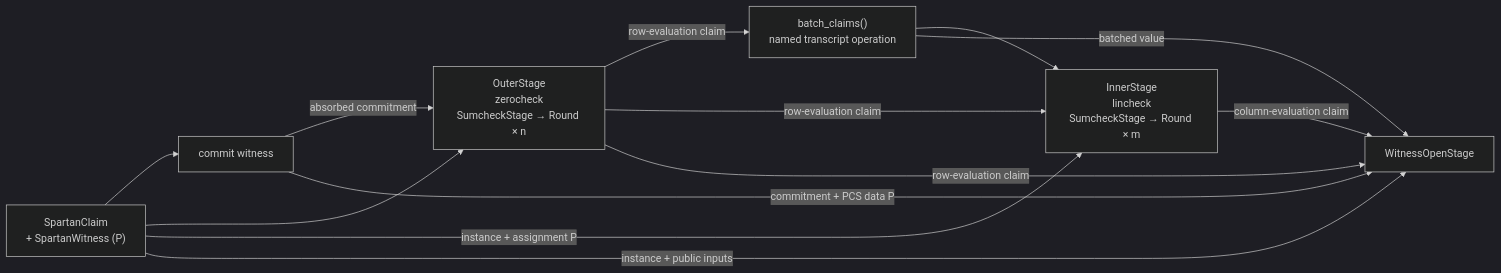
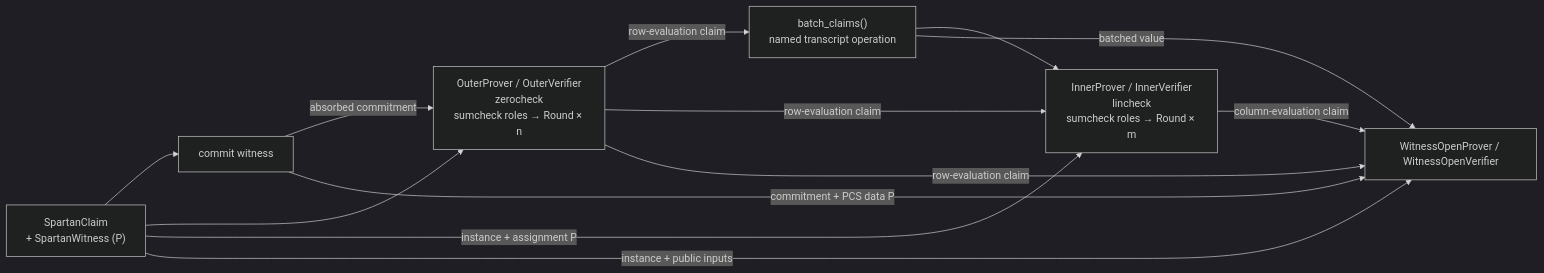
Before and after one commit to fractalyze/zorch: the diagram in README.md, drawn with Mermaid (dark theme). The commit also changed other lines of this file and 34 other files, not shown here.

First line of the commit message:
refactor(composition)!: split stage roles for key isolation

````diff
--- a/README.md
+++ b/README.md
@@ -108,22 +117,22 @@
 ```mermaid
 flowchart LR
     input["SpartanClaim<br/>+ SpartanWitness (P)"]
     commit["commit witness"]
-    outer["OuterStage<br/>zerocheck<br/>SumcheckStage → Round × n"]
+    outer["OuterProver / OuterVerifier<br/>zerocheck<br/>sumcheck roles → Round × n"]
     batch["batch_claims()<br/>named transcript operation"]
-    inner["InnerStage<br/>lincheck<br/>SumcheckStage → Round × m"]
-    opening["WitnessOpenStage"]
+    inner["InnerProver / InnerVerifier<br/>lincheck<br/>sumcheck roles → Round × m"]
+    opening["WitnessOpenProver / WitnessOpenVerifier"]
 
     input --> commit
     input --> outer
     commit -->|absorbed commitment| outer
     outer -->|row-evaluation claim| batch
     input -->|instance + assignment P| inner
     outer -->|row-evaluation claim| inner
     batch --> inner
     commit -->|commitment + PCS data P| opening
     input -->|instance + public inputs| opening
     outer -->|row-evaluation claim| opening
     batch -->|batched value| opening
     inner -->|column-evaluation claim| opening
 ```
````
